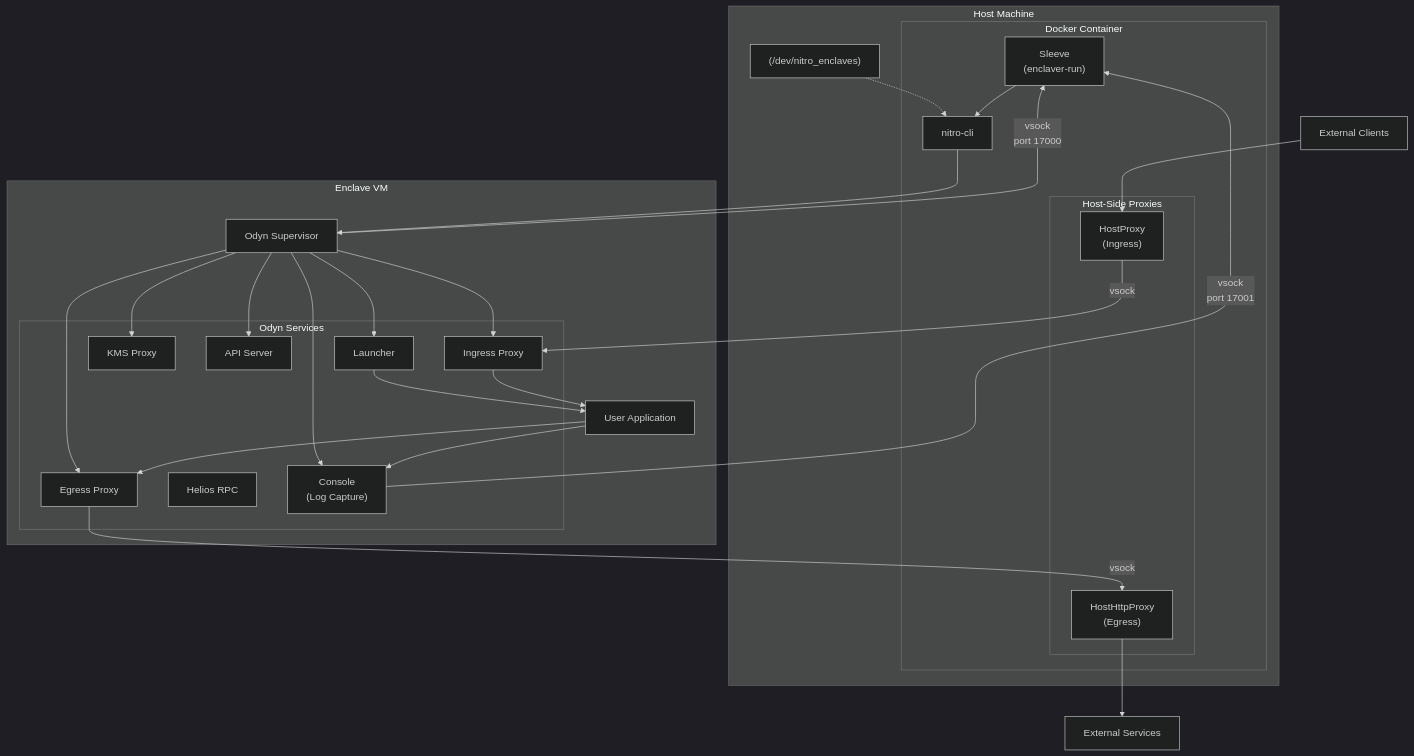
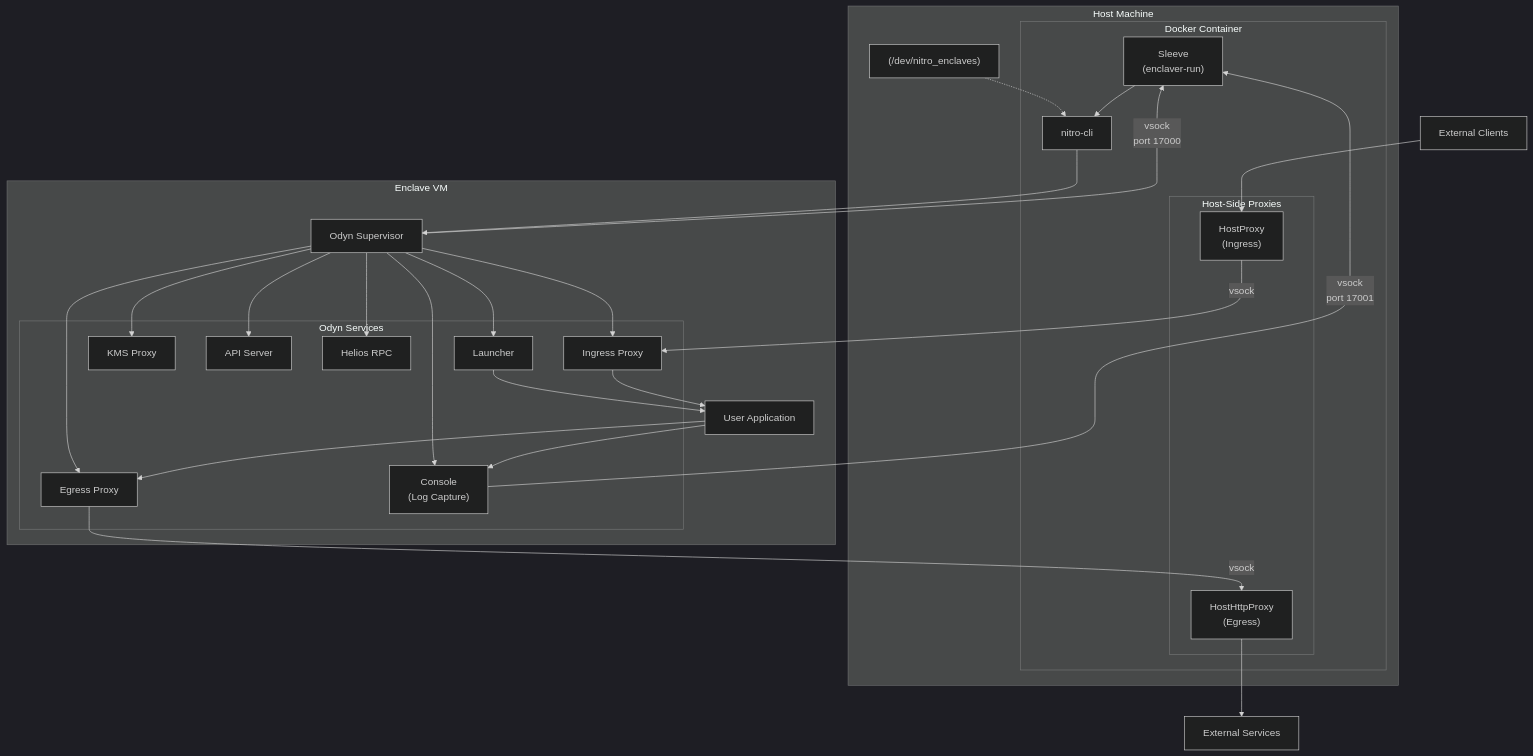
The seventh of 7 diagrams in docs/architecture.md (enclaver-io/enclaver), drawn with Mermaid (dark theme) before and after one commit. The commit also changed other lines of this file and 2 other files, not shown here.

````diff
--- a/docs/architecture.md
+++ b/docs/architecture.md
@@ -375,61 +375,62 @@
 ```mermaid
 graph TB
     subgraph "Host Machine"
         subgraph "Docker Container"
             SLEEVE["Sleeve<br/>(enclaver-run)"]
             NITRO_CLI["nitro-cli"]
             
             subgraph "Host-Side Proxies"
                 HOST_INGRESS["HostProxy<br/>(Ingress)"]
                 HOST_EGRESS["HostHttpProxy<br/>(Egress)"]
             end
         end
         
         DEV["(/dev/nitro_enclaves)"]
     end
     
     subgraph "Enclave VM"
         ODYN["Odyn Supervisor"]
         
         subgraph "Odyn Services"
             ENCLAVE_INGRESS["Ingress Proxy"]
             ENCLAVE_EGRESS["Egress Proxy"]
             KMS_PROXY["KMS Proxy"]
             API["API Server"]
             HELIOS["Helios RPC"]
             CONSOLE["Console<br/>(Log Capture)"]
             LAUNCHER["Launcher"]
         end
         
         APP["User Application"]
     end
     
     EXTERNAL_CLIENT["External Clients"]
     EXTERNAL_SERVICES["External Services"]
     
     %% Connections
     DEV -.-> NITRO_CLI
     SLEEVE --> NITRO_CLI
     NITRO_CLI --> ODYN
     
     ODYN --> ENCLAVE_INGRESS
     ODYN --> ENCLAVE_EGRESS
     ODYN --> KMS_PROXY
     ODYN --> API
+    ODYN --> HELIOS
     ODYN --> CONSOLE
     ODYN --> LAUNCHER
     
     LAUNCHER --> APP
     
     EXTERNAL_CLIENT --> HOST_INGRESS
     HOST_INGRESS -->|"vsock"| ENCLAVE_INGRESS
     ENCLAVE_INGRESS --> APP
     
     APP --> ENCLAVE_EGRESS
     ENCLAVE_EGRESS -->|"vsock"| HOST_EGRESS
     HOST_EGRESS --> EXTERNAL_SERVICES
     
     APP --> CONSOLE
     CONSOLE -->|"vsock<br/>port 17001"| SLEEVE
     ODYN -->|"vsock<br/>port 17000"| SLEEVE
 ```
````
